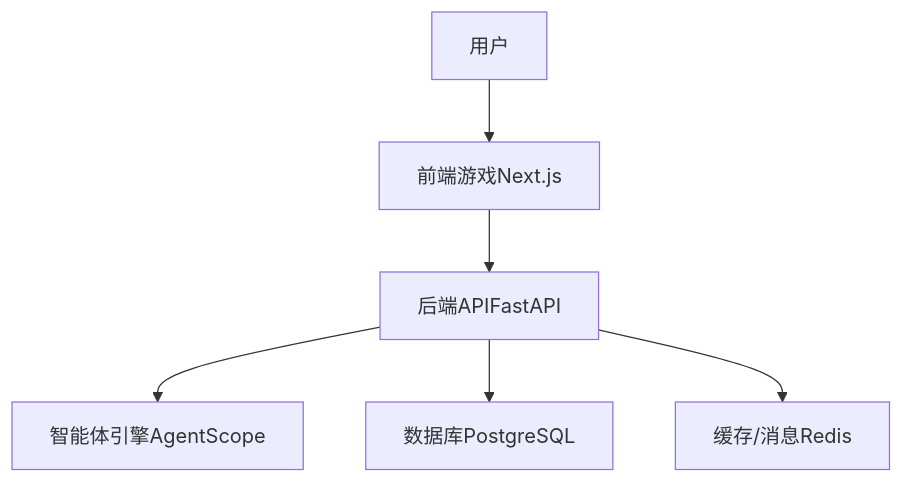
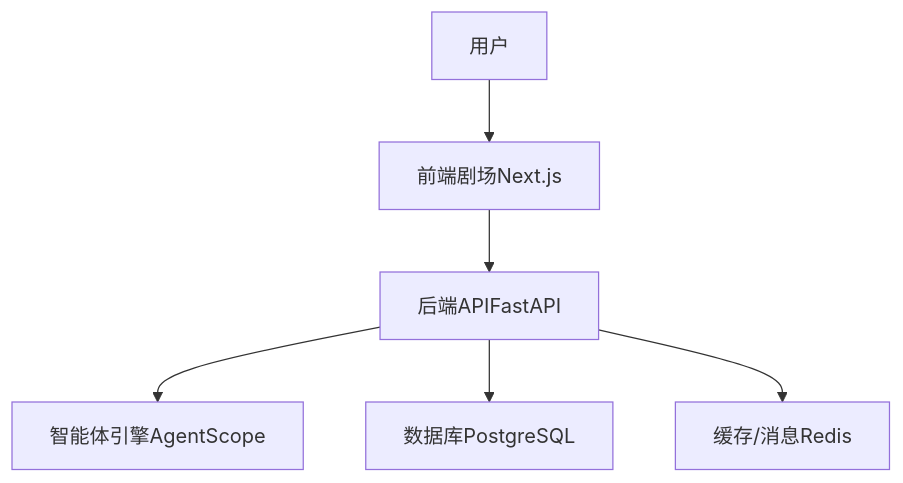
Before and after one commit to KunLabAI/KunFlix: the second of 7 diagrams in .qoder/repowiki/zh/content/快速开始.md, drawn with Mermaid. The commit also changed other lines of this file and 112 other files, not shown here.

````diff
--- a/.qoder/repowiki/zh/content/快速开始.md
+++ b/.qoder/repowiki/zh/content/快速开始.md
@@ -120,14 +120,14 @@
 ```mermaid
 graph TB
 U["用户"]
-FE["前端游戏Next.js"]
+FE["前端剧场Next.js"]
 BE["后端APIFastAPI"]
 AE["智能体引擎AgentScope"]
 DB["数据库PostgreSQL"]
 RD["缓存/消息Redis"]
 U --> FE
 FE --> BE
 BE --> AE
 BE --> DB
 BE --> RD
 ```
````
